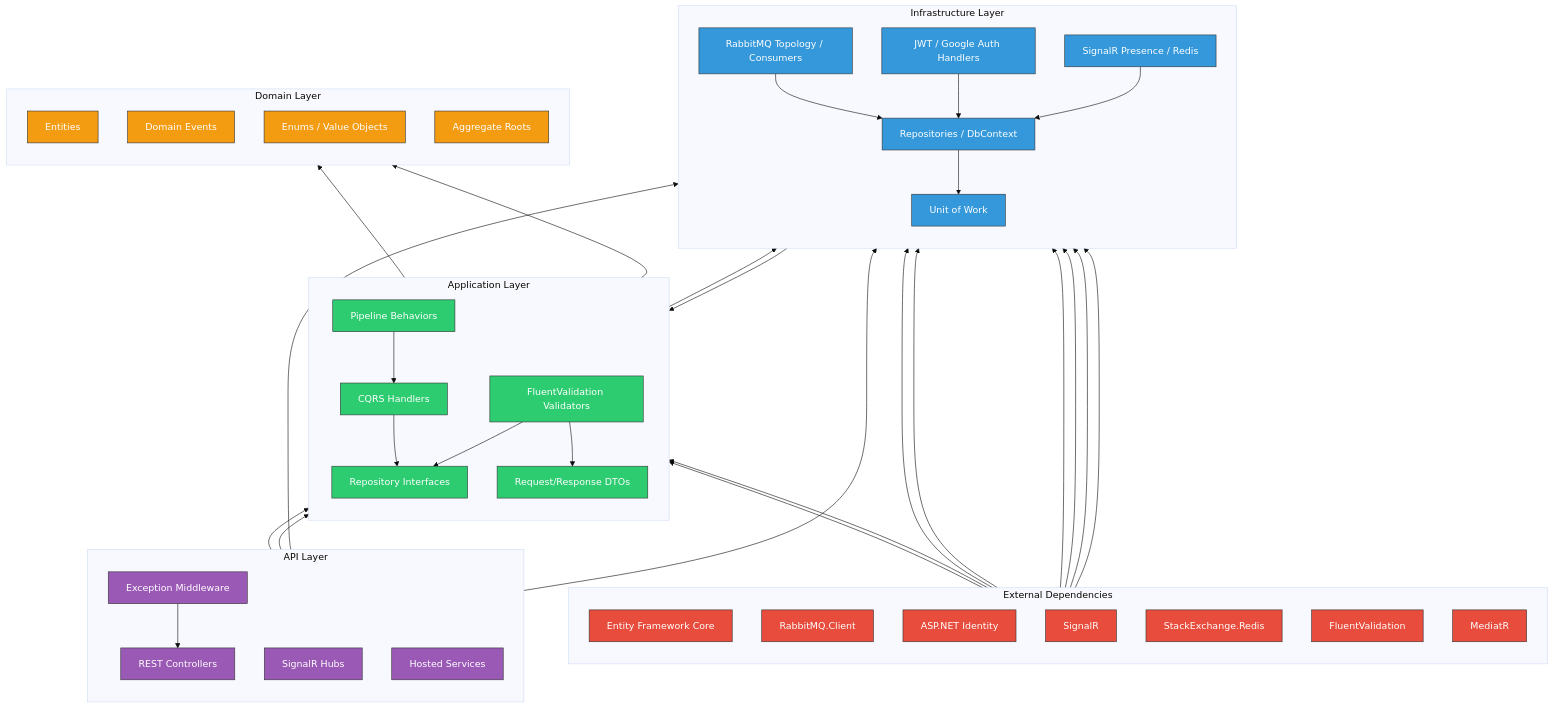
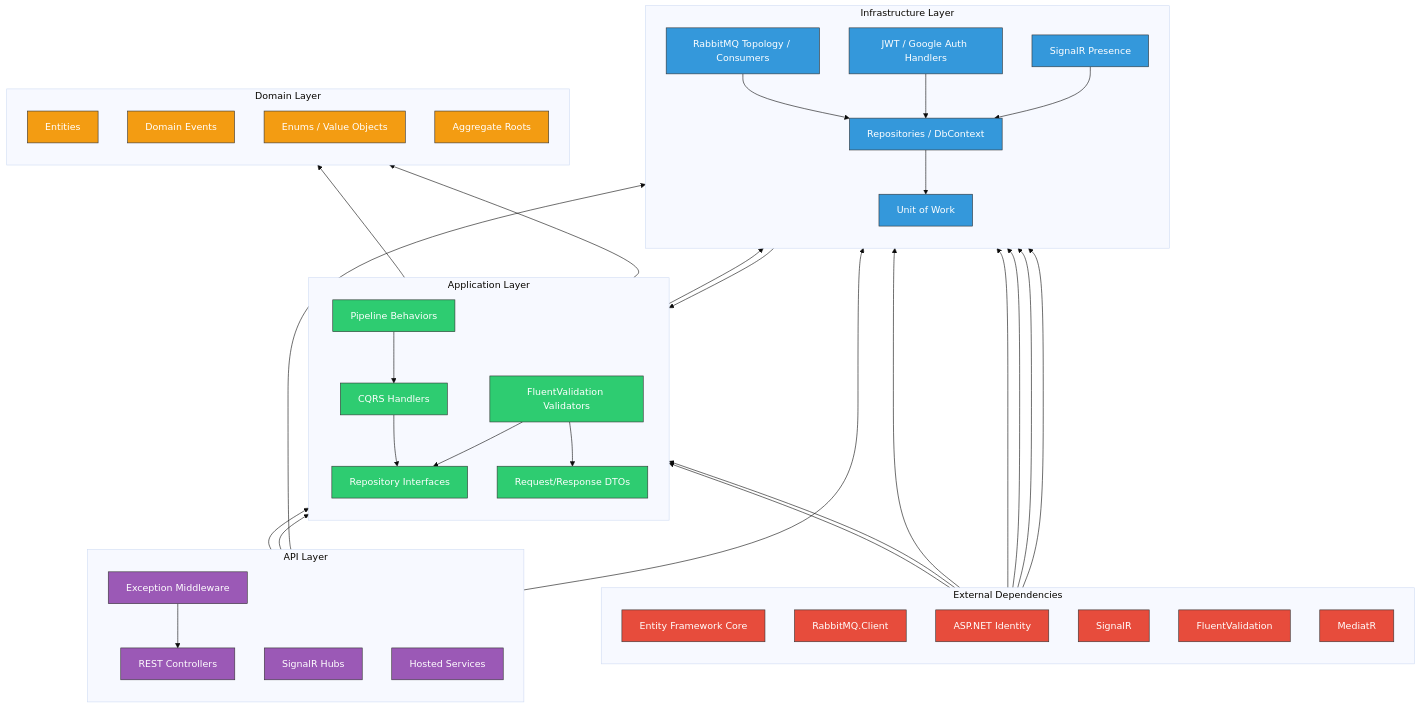
Before and after one commit to mahmoudsaad111/RaceHub: the diagram in docs/architecture/clean-architecture.mmd, drawn with Mermaid (base theme). The commit also changed 4 other files, not shown here.

```diff
--- a/docs/architecture/clean-architecture.mmd
+++ b/docs/architecture/clean-architecture.mmd
@@ -1,89 +1,87 @@
 graph BT
     subgraph External["External Dependencies"]
         direction TB
         EF[Entity Framework Core]
         Rabbit[RabbitMQ.Client]
         Identity[ASP.NET Identity]
         SignalR[SignalR]
-        RedisClient[StackExchange.Redis]
         Fluent[FluentValidation]
         MediatR[MediatR]
     end
 
     subgraph Infrastructure["Infrastructure Layer"]
         direction TB
         Persistence[Repositories / DbContext]
         Messaging[RabbitMQ Topology / Consumers]
         Auth[JWT / Google Auth Handlers]
-        Realtime[SignalR Presence / Redis]
+        Realtime[SignalR Presence]
         UnitOfWork[Unit of Work]
     end
 
     subgraph Application["Application Layer"]
         direction TB
         CQRS[CQRS Handlers]
         Validators[FluentValidation Validators]
         DTOs[Request/Response DTOs]
         Interfaces[Repository Interfaces]
         Behaviors[Pipeline Behaviors]
     end
 
     subgraph Domain["Domain Layer"]
         direction TB
         Entities[Entities]
         Events[Domain Events]
         Enums[Enums / Value Objects]
         Aggregates[Aggregate Roots]
     end
 
     subgraph API["API Layer"]
         direction TB
         Controllers[REST Controllers]
         Hubs[SignalR Hubs]
         Middleware[Exception Middleware]
         Hosted[Hosted Services]
     end
 
     External --> Infrastructure
     Infrastructure --> Application
     Application --> Domain
     API --> Application
 
     EF --> Persistence
     Rabbit --> Messaging
     Identity --> Auth
     SignalR --> Realtime
-    RedisClient --> Realtime
     Fluent --> Validators
     MediatR --> CQRS
 
     Persistence --> UnitOfWork
     Messaging --> Persistence
     Auth --> Persistence
     Realtime --> Persistence
 
     CQRS --> Interfaces
     Validators --> Interfaces
     Behaviors --> CQRS
 
     Interfaces --> Persistence
 
     CQRS --> Entities
     Validators --> DTOs
 
     Controllers --> CQRS
     Hubs --> Realtime
     Middleware --> Controllers
     Hosted --> Messaging
 
     classDef external fill:#e74c3c,color:#fff,stroke:#333,stroke-width:1px
     classDef infra fill:#3498db,color:#fff,stroke:#333,stroke-width:1px
     classDef app fill:#2ecc71,color:#fff,stroke:#333,stroke-width:1px
     classDef domain fill:#f39c12,color:#fff,stroke:#333,stroke-width:1px
     classDef api fill:#9b59b6,color:#fff,stroke:#333,stroke-width:1px
 
-    class EF,Rabbit,Identity,SignalR,RedisClient,Fluent,MediatR external
+    class EF,Rabbit,Identity,SignalR,Fluent,MediatR external
     class Persistence,Messaging,Auth,Realtime,UnitOfWork infra
     class CQRS,Validators,DTOs,Interfaces,Behaviors app
     class Entities,Events,Enums,Aggregates domain
     class Controllers,Hubs,Middleware,Hosted api
```
